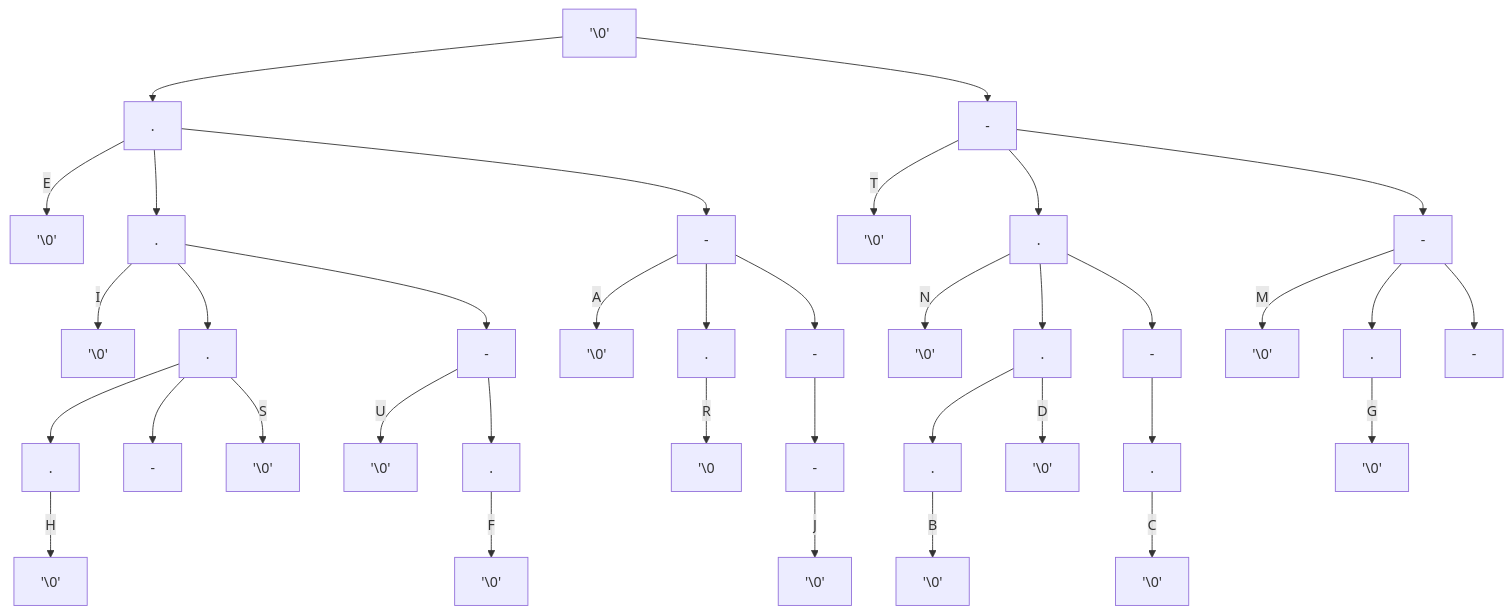
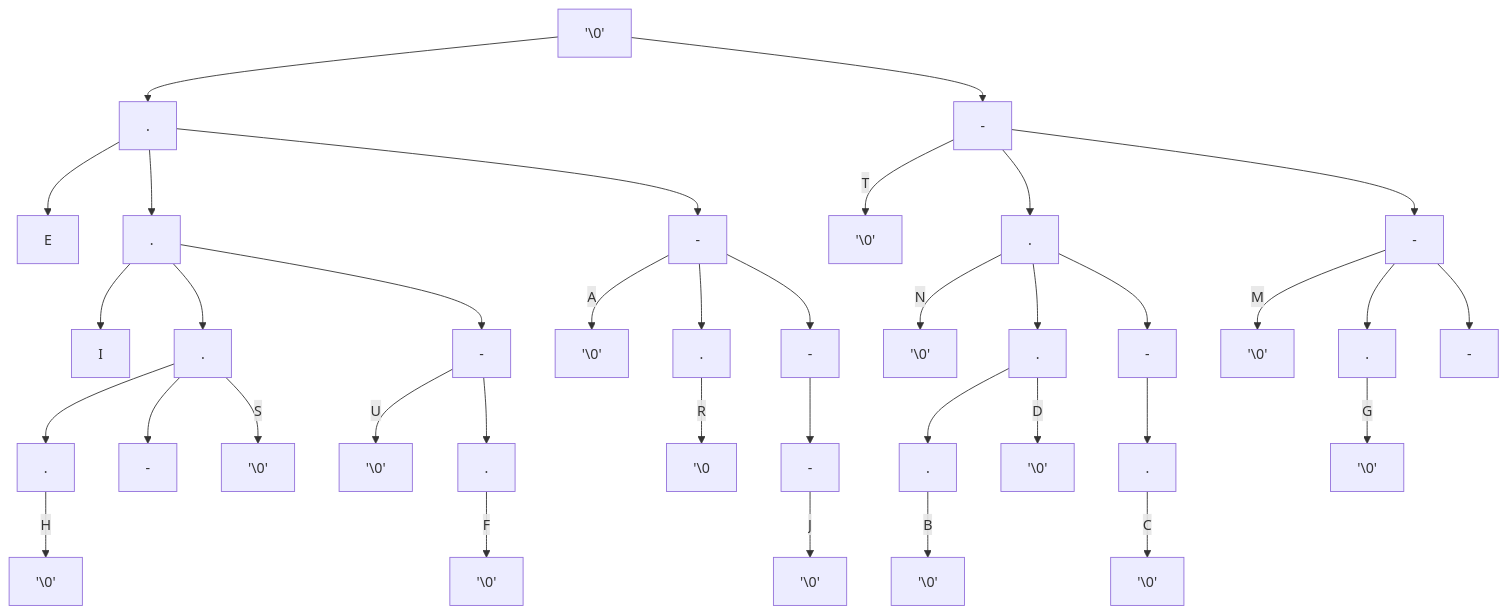
One commit to mmcnally1/arduino-projects changed the second of 2 diagrams in morse-code/README.md. Above: the diagram before and after it, drawn with Mermaid.

````diff
--- a/morse-code/README.md
+++ b/morse-code/README.md
@@ -27,39 +27,39 @@
 ```mermaid
 graph TD;
 A['\0'] --> B[.]
 A['\0'] --> H[-]
-B[.] -- E --> C['\0']
+B[.] --> C[E]
 B[.] --> D[.]
-D[.] -- I --> E['\0']
+D[.] --> E[I]
 B[.] --> F[-]
 F[-] -- A --> G['\0']
 H[-] -- T --> I['\0']
 H[-] --> J[.]
 J[.] -- N --> K['\0']
 H[-] --> L[-]
 L[-] -- M --> M['\0']
 D[.] --> N[.]
 D[.] --> O[-]
 L[-] --> P[.]
 L[-] --> Q[-]
 F[-] --> R[.]
 F[-] --> S[-]
 N[.] --> T[.]
 N[.] --> U[-]
 N[.] -- S --> V['\0']
 J[.] --> W[.]
 J[.] --> X[-]
 O[-] -- U --> Y['\0']
 R[.] -- R --> Z['\0]
 W[.] --> AA[.]
 AA[.] -- B --> AB['\0']
 X[-] --> AC[.]
 AC[.] -- C --> AD['\0']
 W[.] -- D --> AE['\0']
 O[-] --> AF[.]
 AF[.] -- F --> AG['\0']
 P[.] -- G --> AH['\0']
 T[.] -- H --> AI['\0']
 S[-] --> AJ[-]
 AJ[-] -- J --> Ak['\0']
 ```
````
